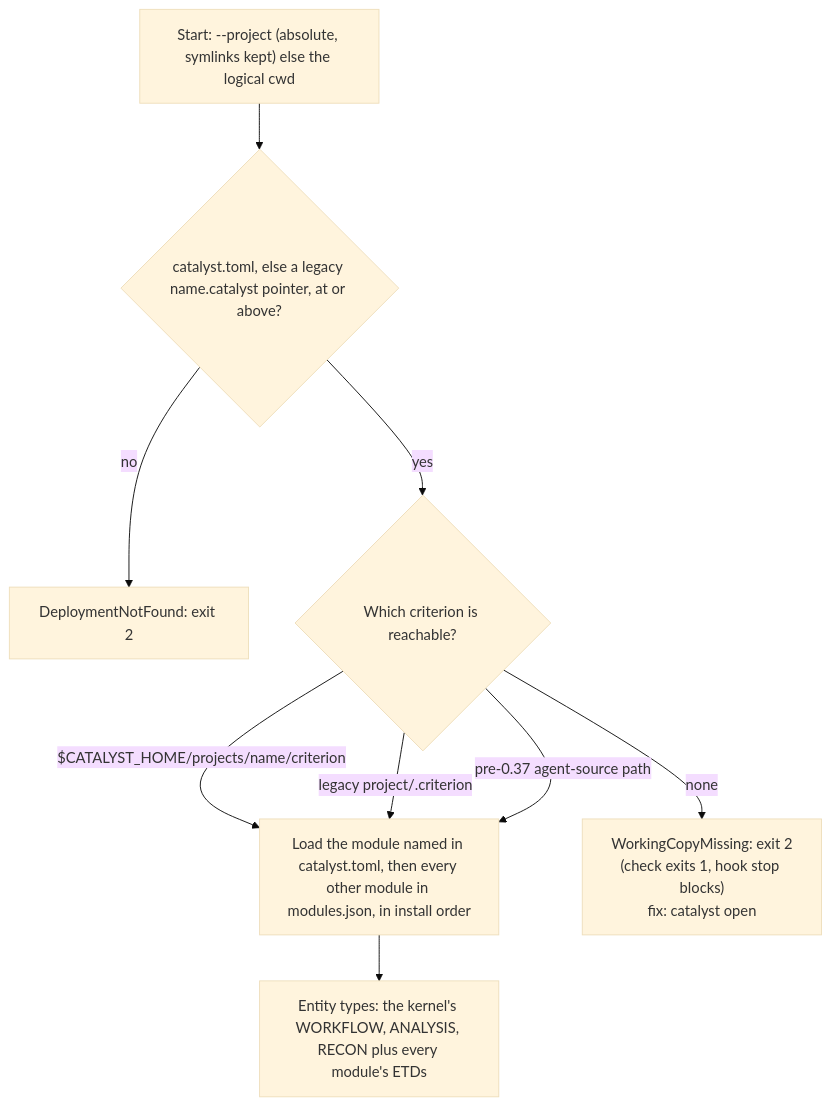
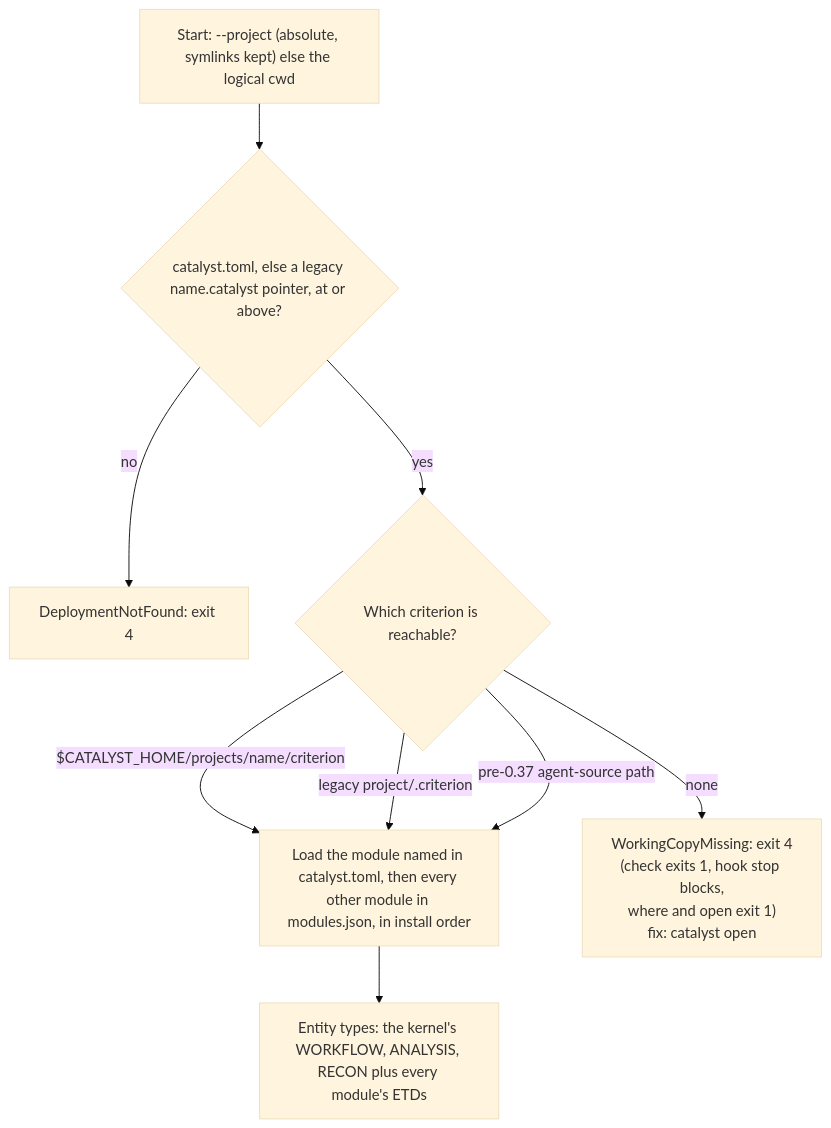
Before and after one commit to cantica-tech/catalyst-docs: the second of 23 diagrams in docs/guide/manual/30-cli-catalyst.md, drawn with Mermaid (base theme). The commit also changed other lines of this file and 9 other files, not shown here.

````diff
--- a/docs/guide/manual/30-cli-catalyst.md
+++ b/docs/guide/manual/30-cli-catalyst.md
@@ -240,11 +250,11 @@
 ```mermaid
 flowchart TD
     S["Start: --project (absolute, symlinks kept) else the logical cwd"] --> W{"catalyst.toml, else a legacy name.catalyst pointer, at or above?"}
-    W -- no --> N["DeploymentNotFound: exit 2"]
+    W -- no --> N["DeploymentNotFound: exit 4"]
     W -- yes --> C{"Which criterion is reachable?"}
     C -- "$CATALYST_HOME/projects/name/criterion" --> L
     C -- "legacy project/.criterion" --> L
     C -- "pre-0.37 agent-source path" --> L
-    C -- none --> M["WorkingCopyMissing: exit 2<br/>(check exits 1, hook stop blocks)<br/>fix: catalyst open"]
+    C -- none --> M["WorkingCopyMissing: exit 4<br/>(check exits 1, hook stop blocks,<br/>where and open exit 1)<br/>fix: catalyst open"]
     L["Load the module named in catalyst.toml, then every other module in modules.json, in install order"] --> T["Entity types: the kernel's WORKFLOW, ANALYSIS, RECON plus every module's ETDs"]
 ```
````
